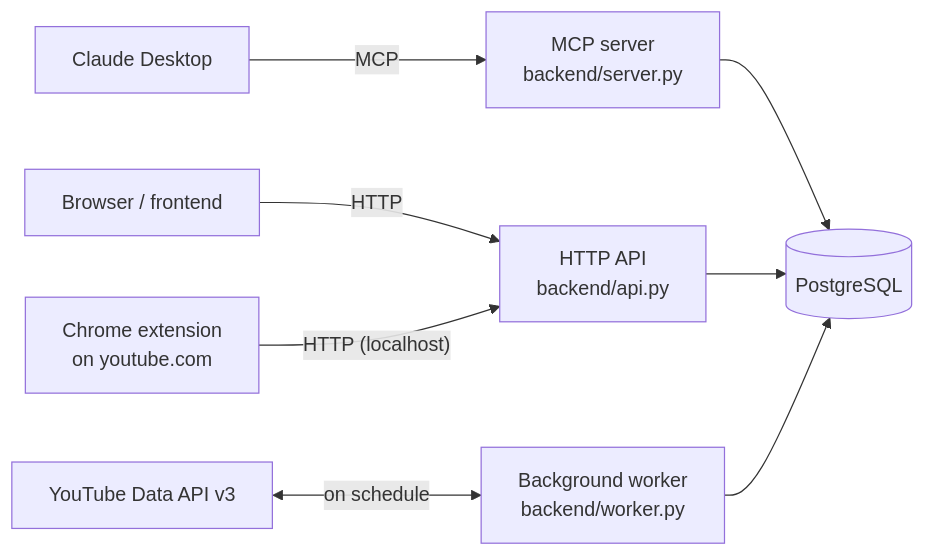
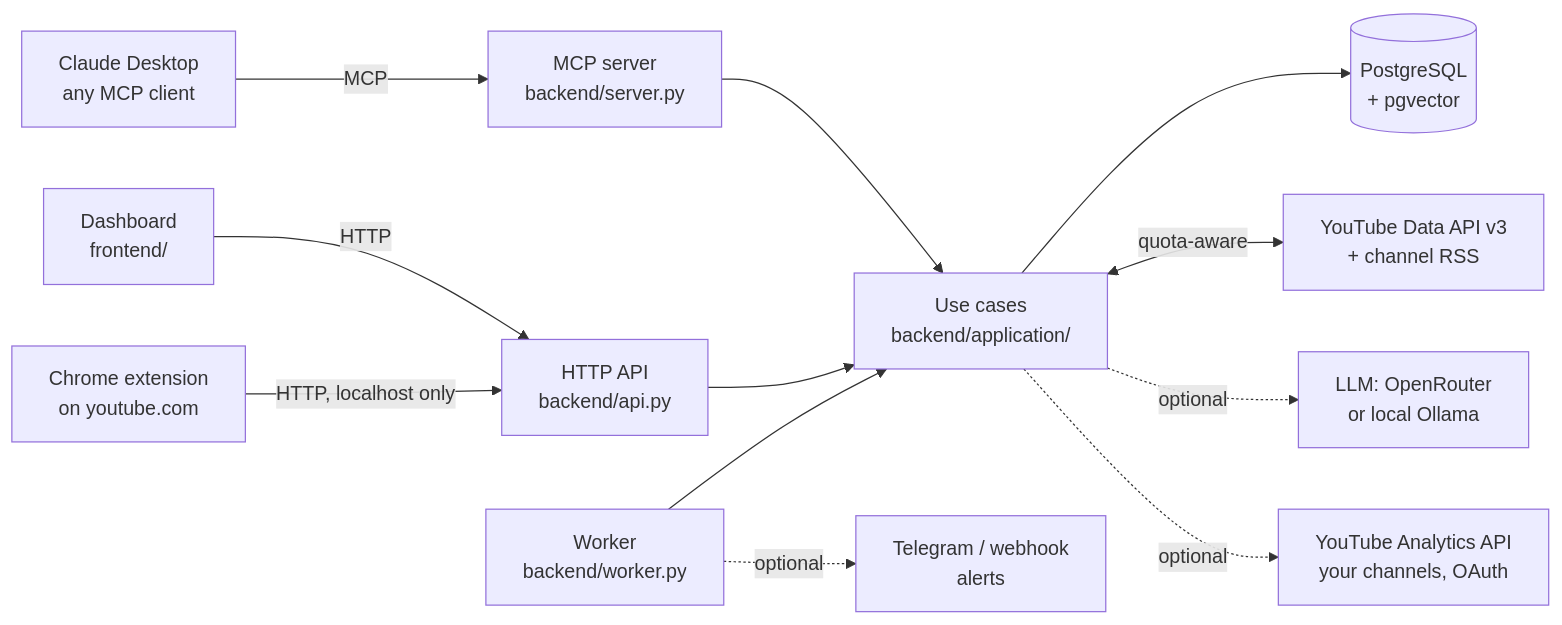
The diagram in data/readmes/pandich93__youtube-niche-finder.md (zqf20096327/dbhub_collect), drawn with Mermaid before and after one commit. The commit also changed other lines of this file and 453 other files, not shown here.

````diff
--- a/data/readmes/pandich93__youtube-niche-finder.md
+++ b/data/readmes/pandich93__youtube-niche-finder.md
@@ -165,10 +252,15 @@
 ```mermaid
 flowchart LR
-    CD["Claude Desktop"] -->|MCP| MCP["MCP server\nbackend/server.py"]
-    FE["Browser / frontend"] -->|HTTP| API["HTTP API\nbackend/api.py"]
-    EXT["Chrome extension\non youtube.com"] -->|"HTTP (localhost)"| API
-    YT["YouTube Data API v3"] <-->|"on schedule"| W["Background worker\nbackend/worker.py"]
-    MCP --> PG[("PostgreSQL")]
-    API --> PG
-    W --> PG
+    CD["Claude Desktop<br/>any MCP client"] -->|MCP| MCP["MCP server<br/>backend/server.py"]
+    BR["Dashboard<br/>frontend/"] -->|HTTP| API["HTTP API<br/>backend/api.py"]
+    EXT["Chrome extension<br/>on youtube.com"] -->|"HTTP, localhost only"| API
+    W["Worker<br/>backend/worker.py"]
+    MCP --> APP["Use cases<br/>backend/application/"]
+    API --> APP
+    W --> APP
+    APP --> PG[("PostgreSQL<br/>+ pgvector")]
+    APP <-->|"quota-aware"| YT["YouTube Data API v3<br/>+ channel RSS"]
+    APP -.->|optional| LLM["LLM: OpenRouter<br/>or local Ollama"]
+    APP -.->|optional| YA["YouTube Analytics API<br/>your channels, OAuth"]
+    W -.->|optional| TG["Telegram / webhook<br/>alerts"]
 ```
````
